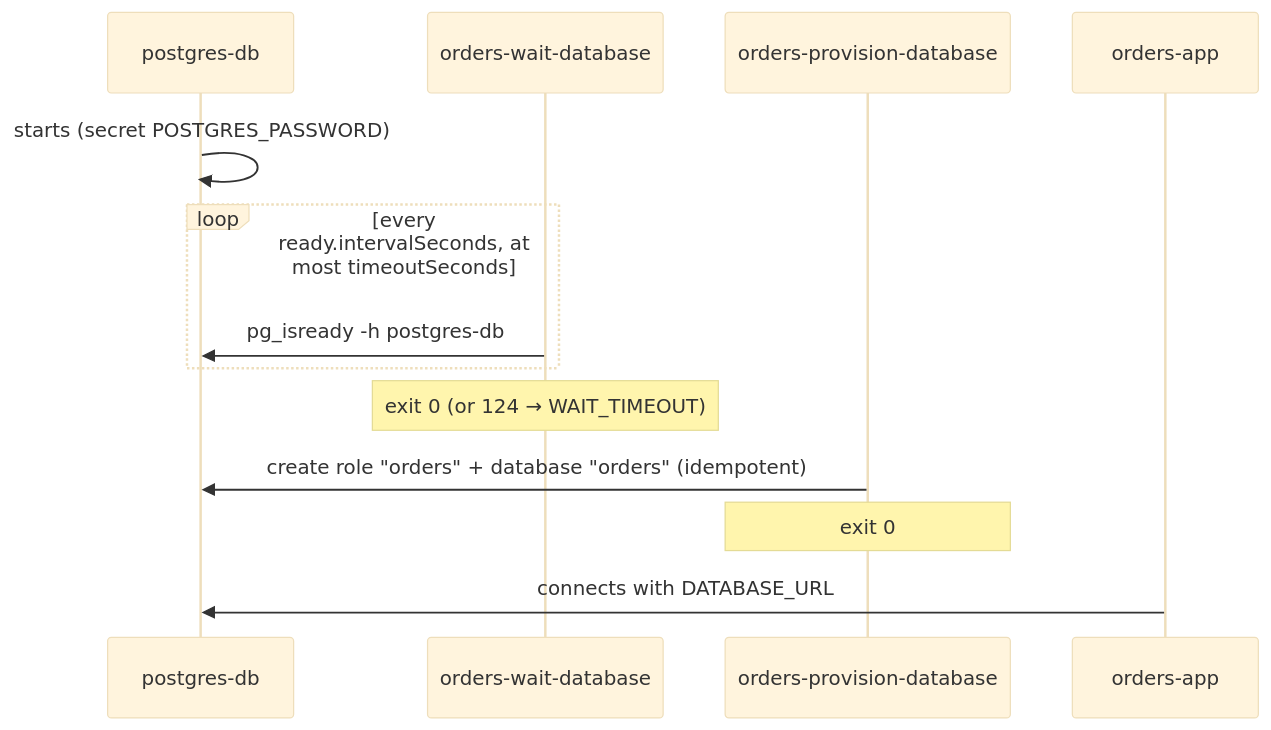
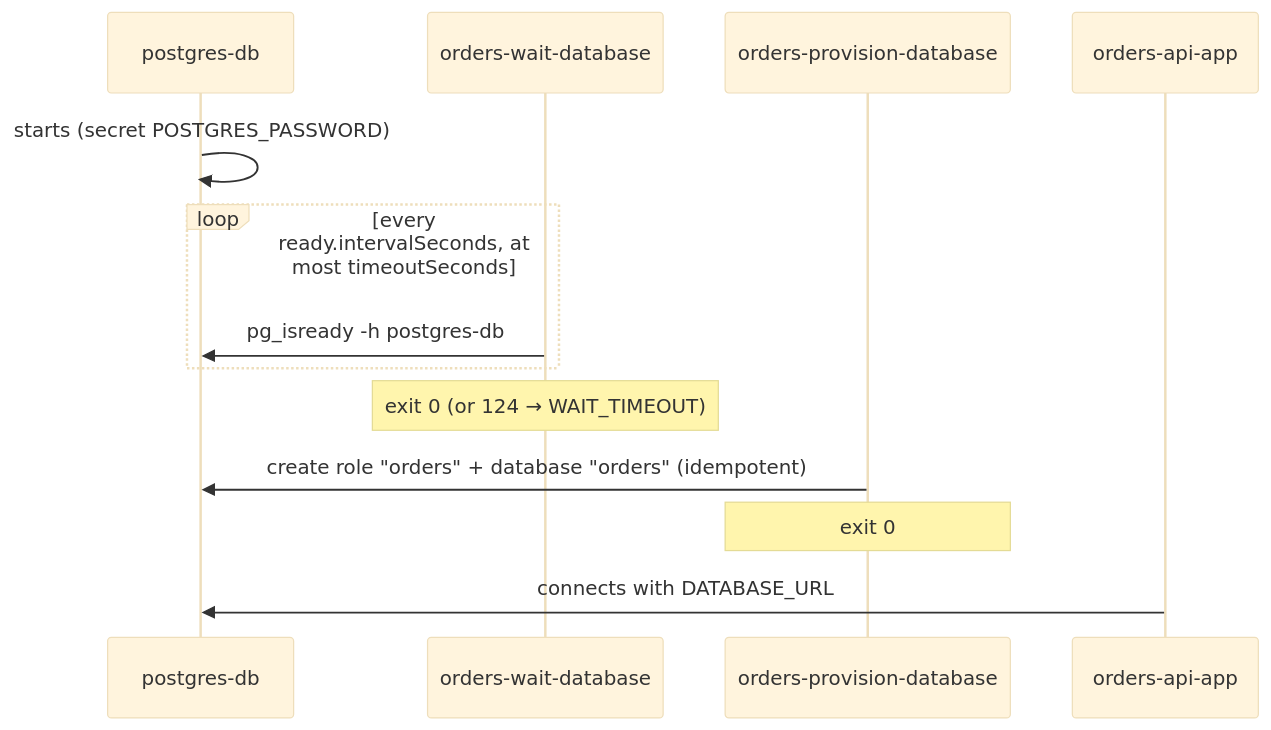
One commit to rudney5000/plugbricks changed the third of 6 diagrams in docs/architecture.md. Above: the diagram before and after it, drawn with Mermaid (base theme). The commit also changed other lines of this file and 4 other files, not shown here.

Commit message:
docs: D27, the example APIs renamed, in the README, the architecture, Keycloak and the roadmap

````diff
--- a/docs/architecture.md
+++ b/docs/architecture.md
@@ -170,15 +170,15 @@
 ```mermaid
 sequenceDiagram
   participant P as postgres-db
   participant W as orders-wait-database
   participant V as orders-provision-database
-  participant O as orders-app
+  participant O as orders-api-app
   P->>P: starts (secret POSTGRES_PASSWORD)
   loop every ready.intervalSeconds, at most timeoutSeconds
     W->>P: pg_isready -h postgres-db
   end
   Note over W: exit 0 (or 124 → WAIT_TIMEOUT)
   V->>P: create role "orders" + database "orders" (idempotent)
   Note over V: exit 0
   O->>P: connects with DATABASE_URL
 ```
````
